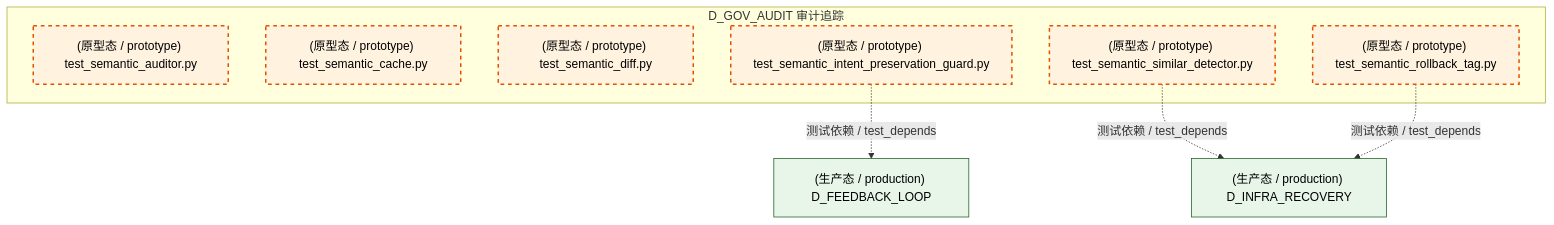
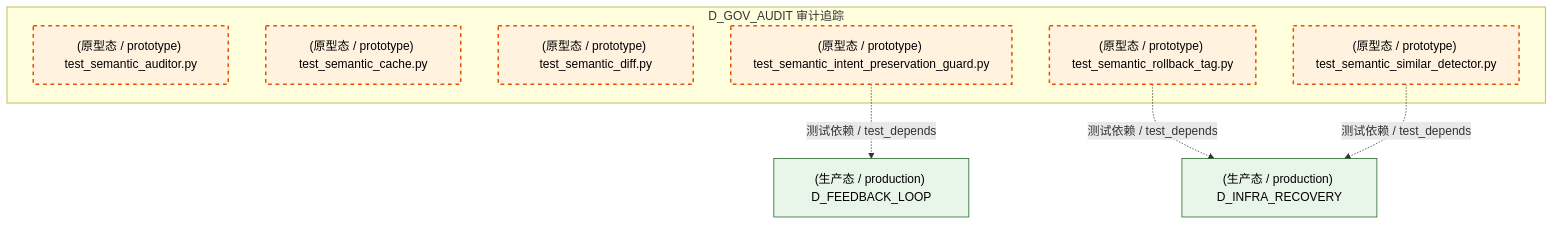
Before and after one commit to xuanFelixVan/ZephyrAlpha: the tenth of 14 diagrams in docs/02_enterprise_architecture/02_domain_architecture_docs/39_d_gov_audit.md, drawn with Mermaid. The commit also changed other lines of this file and 126 other files, not shown here.

````diff
--- a/docs/02_enterprise_architecture/02_domain_architecture_docs/39_d_gov_audit.md
+++ b/docs/02_enterprise_architecture/02_domain_architecture_docs/39_d_gov_audit.md
@@ -964,22 +960,22 @@
 ```mermaid
 graph TD
     subgraph D_GOV_AUDIT["D_GOV_AUDIT 审计追踪"]
         tests_semantic_auditor_test_semantic_auditor_py["(原型态 / prototype) test_semantic_auditor.py"]
         tests_semantic_auditor_test_semantic_cache_py["(原型态 / prototype) test_semantic_cache.py"]
         tests_semantic_auditor_test_semantic_diff_py["(原型态 / prototype) test_semantic_diff.py"]
         tests_semantic_auditor_test_semantic_intent_preservation_guard_py["(原型态 / prototype) test_semantic_intent_preservation_guard.py"]
         tests_semantic_auditor_test_semantic_rollback_tag_py["(原型态 / prototype) test_semantic_rollback_tag.py"]
         tests_semantic_auditor_test_semantic_similar_detector_py["(原型态 / prototype) test_semantic_similar_detector.py"]
     end
     D_FEEDBACK_LOOP["(生产态 / production) D_FEEDBACK_LOOP"]
     tests_semantic_auditor_test_semantic_intent_preservation_guard_py -.->|测试依赖 / test_depends| D_FEEDBACK_LOOP
     D_INFRA_RECOVERY["(生产态 / production) D_INFRA_RECOVERY"]
+    tests_semantic_auditor_test_semantic_rollback_tag_py -.->|测试依赖 / test_depends| D_INFRA_RECOVERY
     tests_semantic_auditor_test_semantic_similar_detector_py -.->|测试依赖 / test_depends| D_INFRA_RECOVERY
-    tests_semantic_auditor_test_semantic_rollback_tag_py -.->|测试依赖 / test_depends| D_INFRA_RECOVERY
     classDef production fill:#e1f5fe,stroke:#01579b,stroke-width:2px,color:#000
     classDef design fill:#fff3e0,stroke:#e65100,stroke-width:2px,color:#000,stroke-dasharray: 5 5
     classDef external_prod fill:#e8f5e9,stroke:#1b5e20,stroke-width:1px,color:#000
     classDef external_design fill:#fce4ec,stroke:#880e4f,stroke-width:1px,color:#000,stroke-dasharray: 5 5
     class tests_semantic_auditor_test_semantic_auditor_py,tests_semantic_auditor_test_semantic_cache_py,tests_semantic_auditor_test_semantic_diff_py,tests_semantic_auditor_test_semantic_intent_preservation_guard_py,tests_semantic_auditor_test_semantic_rollback_tag_py,tests_semantic_auditor_test_semantic_similar_detector_py design
     class D_FEEDBACK_LOOP,D_INFRA_RECOVERY external_prod
 ```
````
